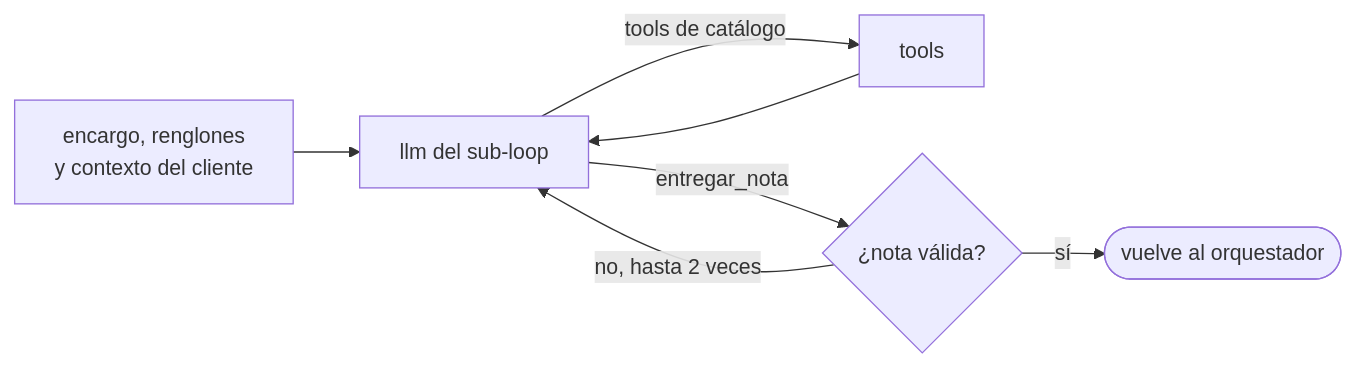
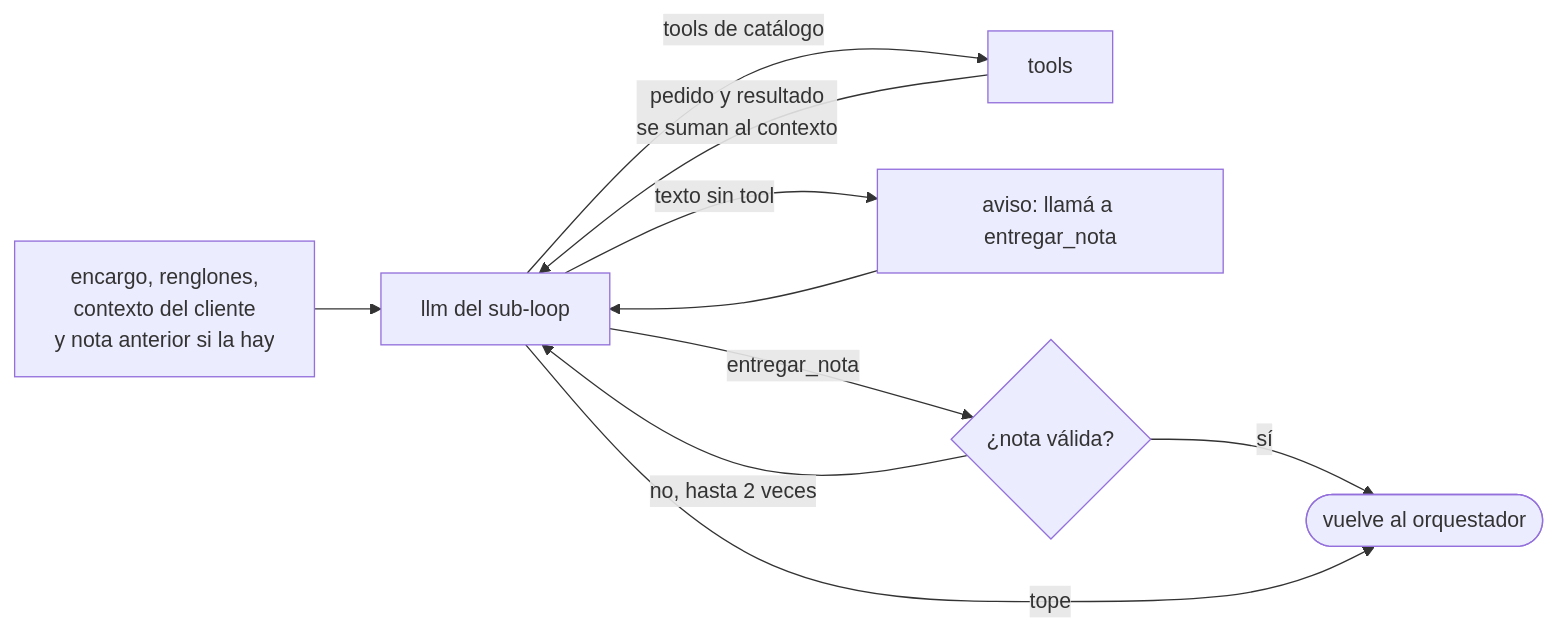
The third of 3 diagrams in docs/spec/orquestador-y-sub-loops.md (FernandoMRestelli/norma-agentic-ai), drawn with Mermaid before and after one commit. The commit also changed other lines of this file and 1 other file, not shown here.

First line of the commit message:
El spec del orquestador muestra el loop vuelta por vuelta

````diff
--- a/docs/spec/orquestador-y-sub-loops.md
+++ b/docs/spec/orquestador-y-sub-loops.md
@@ -121,9 +177,12 @@
 ```mermaid
 flowchart LR
-    I[encargo, renglones<br/>y contexto del cliente] --> L[llm del sub-loop]
+    I[encargo, renglones,<br/>contexto del cliente<br/>y nota anterior si la hay] --> L[llm del sub-loop]
     L -->|tools de catálogo| T[tools]
-    T --> L
+    T -->|pedido y resultado<br/>se suman al contexto| L
+    L -->|texto sin tool| A[aviso: llamá a entregar_nota]
+    A --> L
     L -->|entregar_nota| N{¿nota válida?}
     N -->|sí| R([vuelve al orquestador])
     N -->|no, hasta 2 veces| L
+    L -->|tope| R
 ```
````
